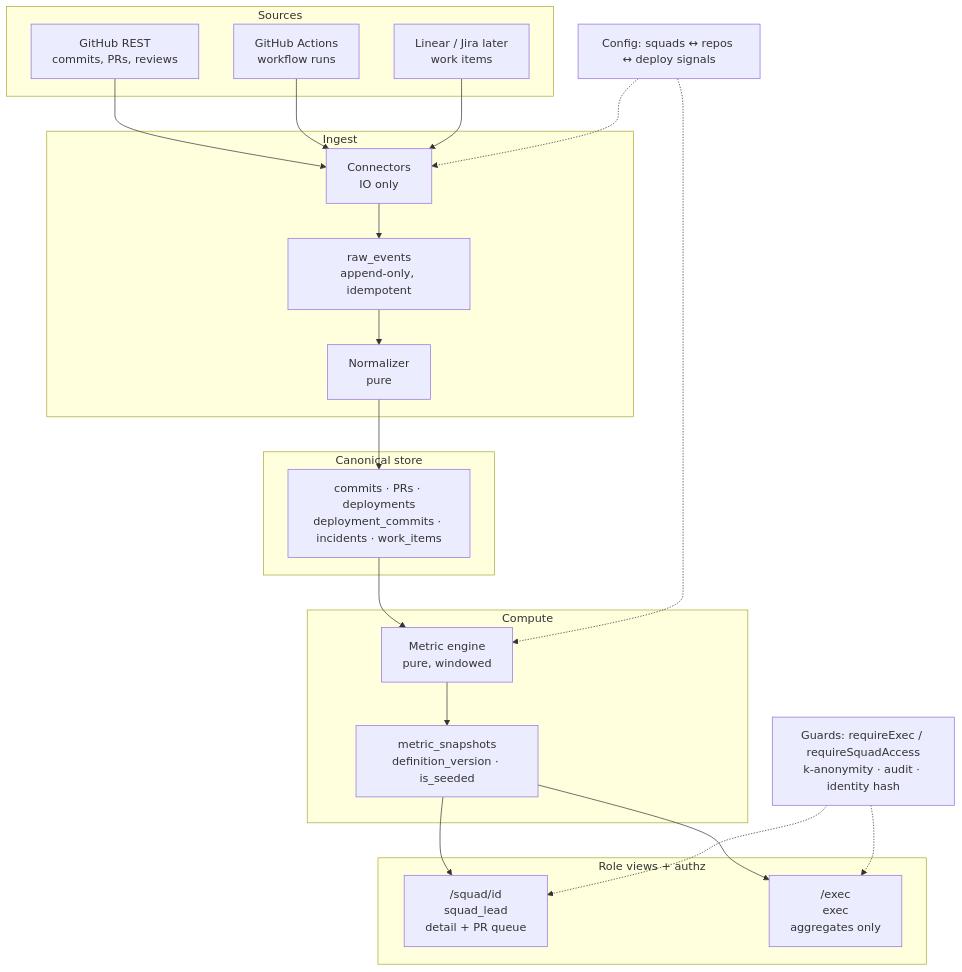
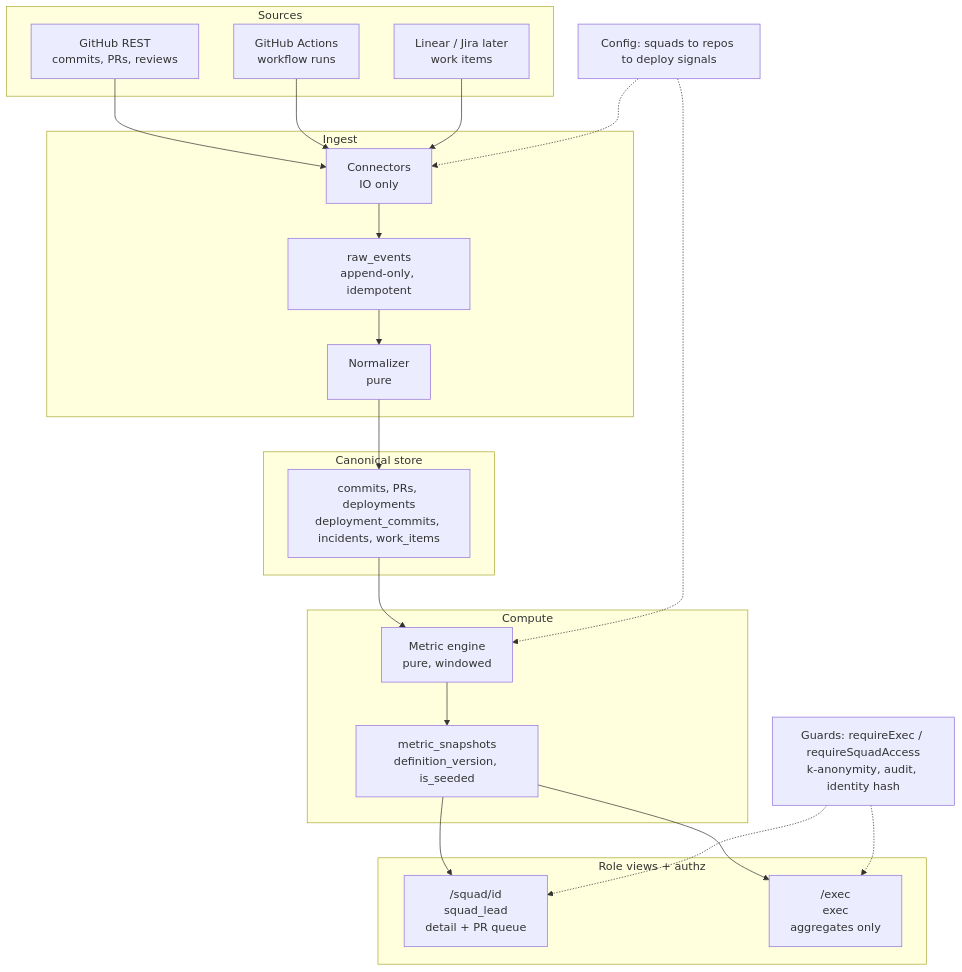
The first of 3 diagrams in docs/ASSESSMENT.md (Meseery2/dev-pulse), drawn with Mermaid before and after one commit. The commit also changed other lines of this file, not shown here.

First line of the commit message:
docs: trim architecture tables; keep Mermaid as primary visual

````diff
--- a/docs/ASSESSMENT.md
+++ b/docs/ASSESSMENT.md
@@ -40,40 +40,40 @@
 ```mermaid
 flowchart TB
   subgraph Sources
     GH["GitHub REST<br/>commits, PRs, reviews"]
     GA["GitHub Actions<br/>workflow runs"]
     PM["Linear / Jira later<br/>work items"]
   end
 
   subgraph Ingest
     C["Connectors<br/>IO only"]
     R["raw_events<br/>append-only, idempotent"]
     N["Normalizer<br/>pure"]
   end
 
   subgraph Store["Canonical store"]
-    T["commits · PRs · deployments<br/>deployment_commits · incidents · work_items"]
+    T["commits, PRs, deployments<br/>deployment_commits, incidents, work_items"]
   end
 
   subgraph Compute
     M["Metric engine<br/>pure, windowed"]
-    S["metric_snapshots<br/>definition_version · is_seeded"]
+    S["metric_snapshots<br/>definition_version, is_seeded"]
   end
 
   subgraph Views["Role views + authz"]
     SQ["/squad/id<br/>squad_lead<br/>detail + PR queue"]
     EX["/exec<br/>exec<br/>aggregates only"]
   end
 
   GH --> C
   GA --> C
   PM --> C
   C --> R --> N --> T --> M --> S
   S --> SQ
   S --> EX
 
-  CFG["Config: squads ↔ repos ↔ deploy signals"] -.-> C
+  CFG["Config: squads to repos to deploy signals"] -.-> C
   CFG -.-> M
-  AUTH["Guards: requireExec / requireSquadAccess<br/>k-anonymity · audit · identity hash"] -.-> SQ
+  AUTH["Guards: requireExec / requireSquadAccess<br/>k-anonymity, audit, identity hash"] -.-> SQ
   AUTH -.-> EX
 ```
````
